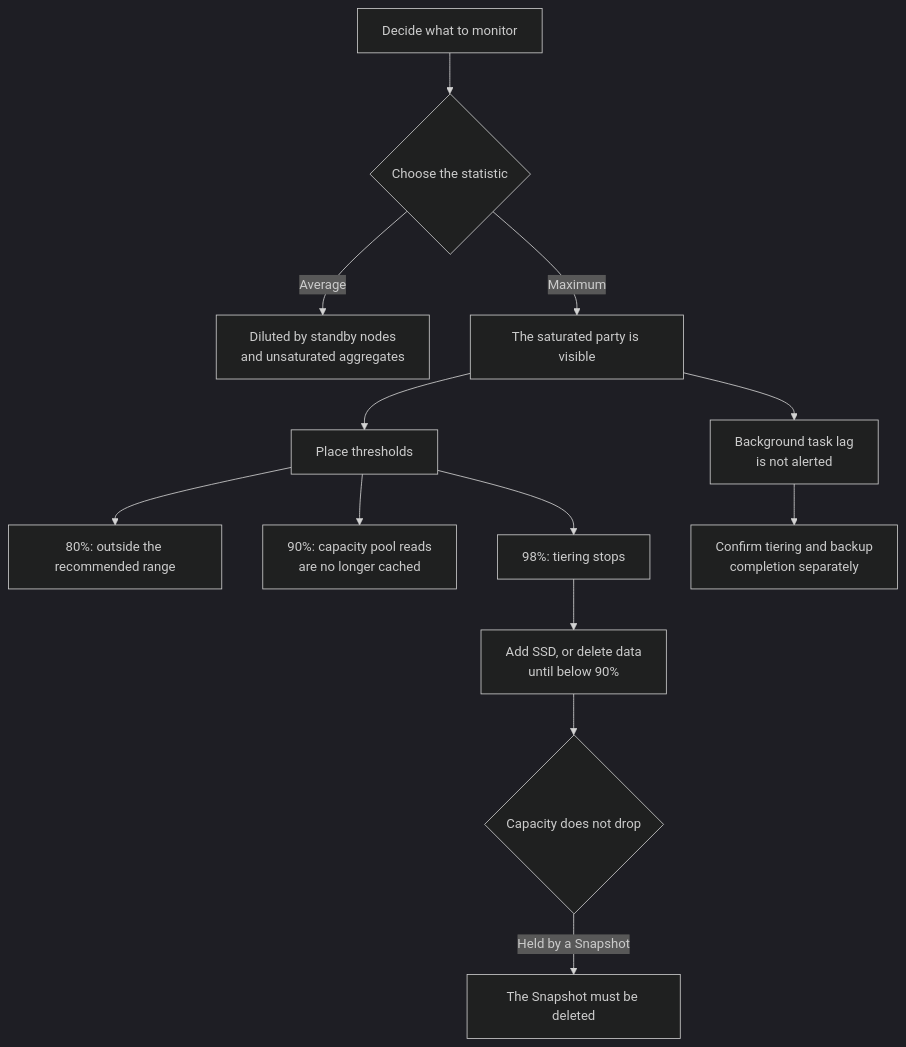
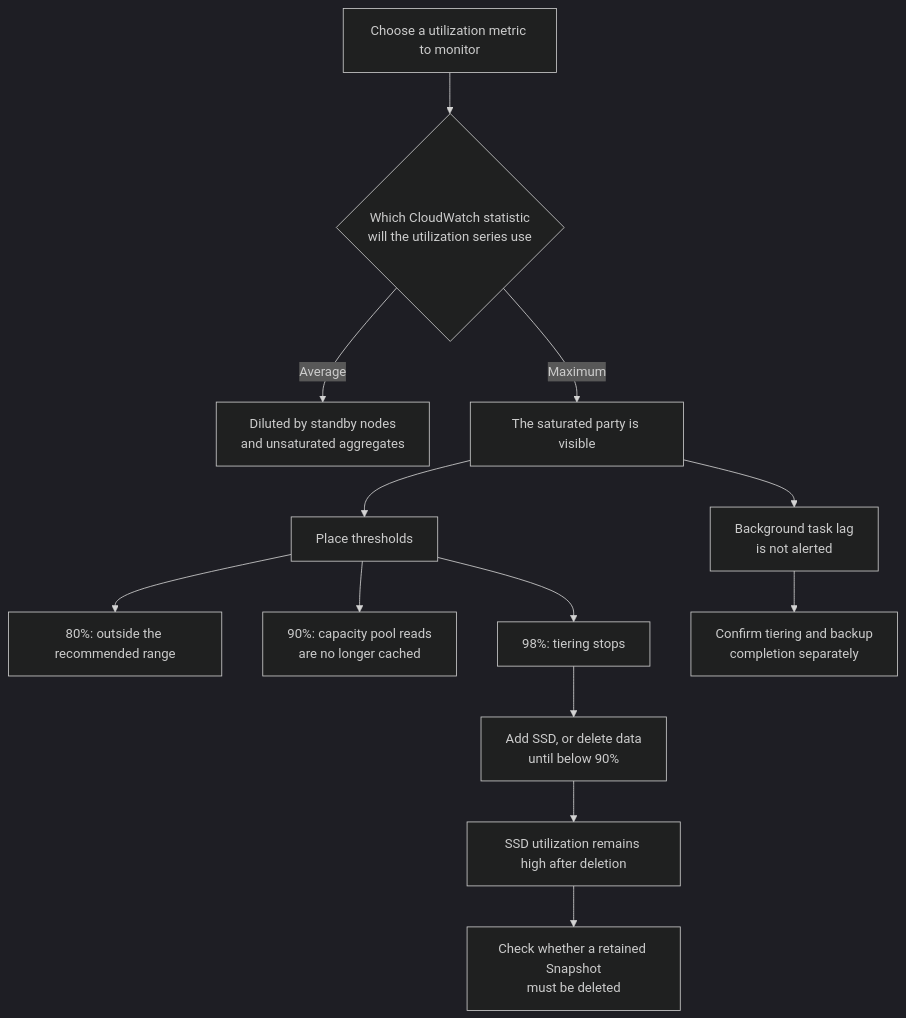
One commit to Yoshiki0705/FSx-for-ONTAP-Adoption-Playbook changed the second of 2 diagrams in docs/en/playbooks/05-operate/notes/monitoring-fails-on-averages.md. Above: the diagram before and after it, drawn with Mermaid (dark theme). The commit also changed other lines of this file and 257 other files, not shown here.

````diff
--- a/docs/en/playbooks/05-operate/notes/monitoring-fails-on-averages.md
+++ b/docs/en/playbooks/05-operate/notes/monitoring-fails-on-averages.md
@@ -119,18 +150,18 @@
 ```mermaid
 graph TD
-    S[Decide what to monitor] --> STAT{Choose the statistic}
+    S[Choose a utilization metric to monitor] --> STAT{Which CloudWatch statistic<br/>will the utilization series use}
     STAT -->|Average| BAD[Diluted by standby nodes<br/>and unsaturated aggregates]
     STAT -->|Maximum| GOOD[The saturated party is visible]
 
     GOOD --> T[Place thresholds]
     T --> T80["80%: outside the recommended range"]
     T --> T90["90%: capacity pool reads<br/>are no longer cached"]
     T --> T98["98%: tiering stops"]
 
     T98 --> FIX[Add SSD, or delete data<br/>until below 90%]
-    FIX --> SNAP{Capacity does not drop}
-    SNAP -->|Held by a Snapshot| DEL[The Snapshot must be deleted]
+    FIX --> SNAP[SSD utilization remains high after deletion]
+    SNAP --> DEL[Check whether a retained Snapshot<br/>must be deleted]
 
     GOOD --> BG[Background task lag<br/>is not alerted]
     BG --> BGCHK[Confirm tiering and backup<br/>completion separately]
 ```
````
